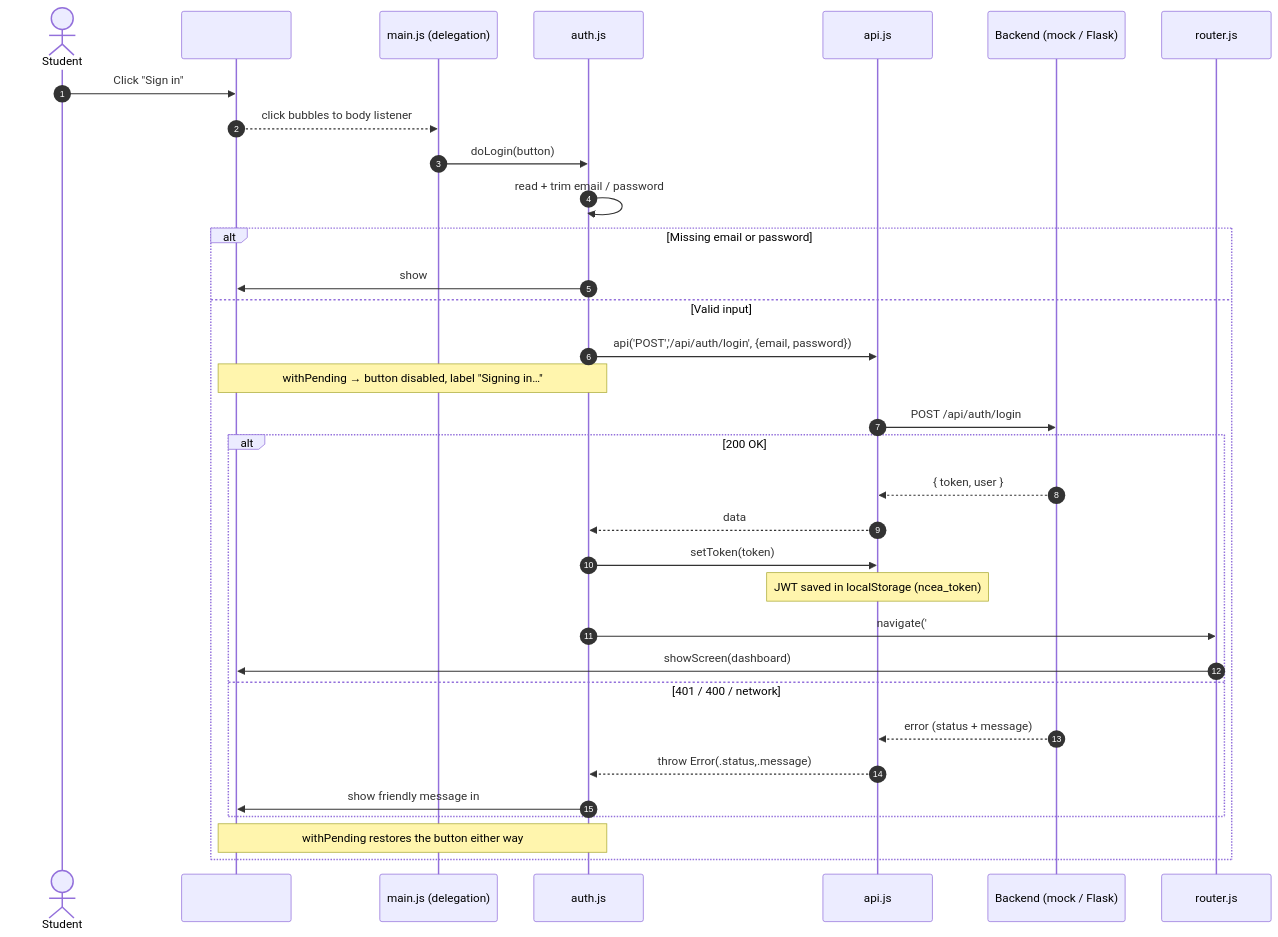
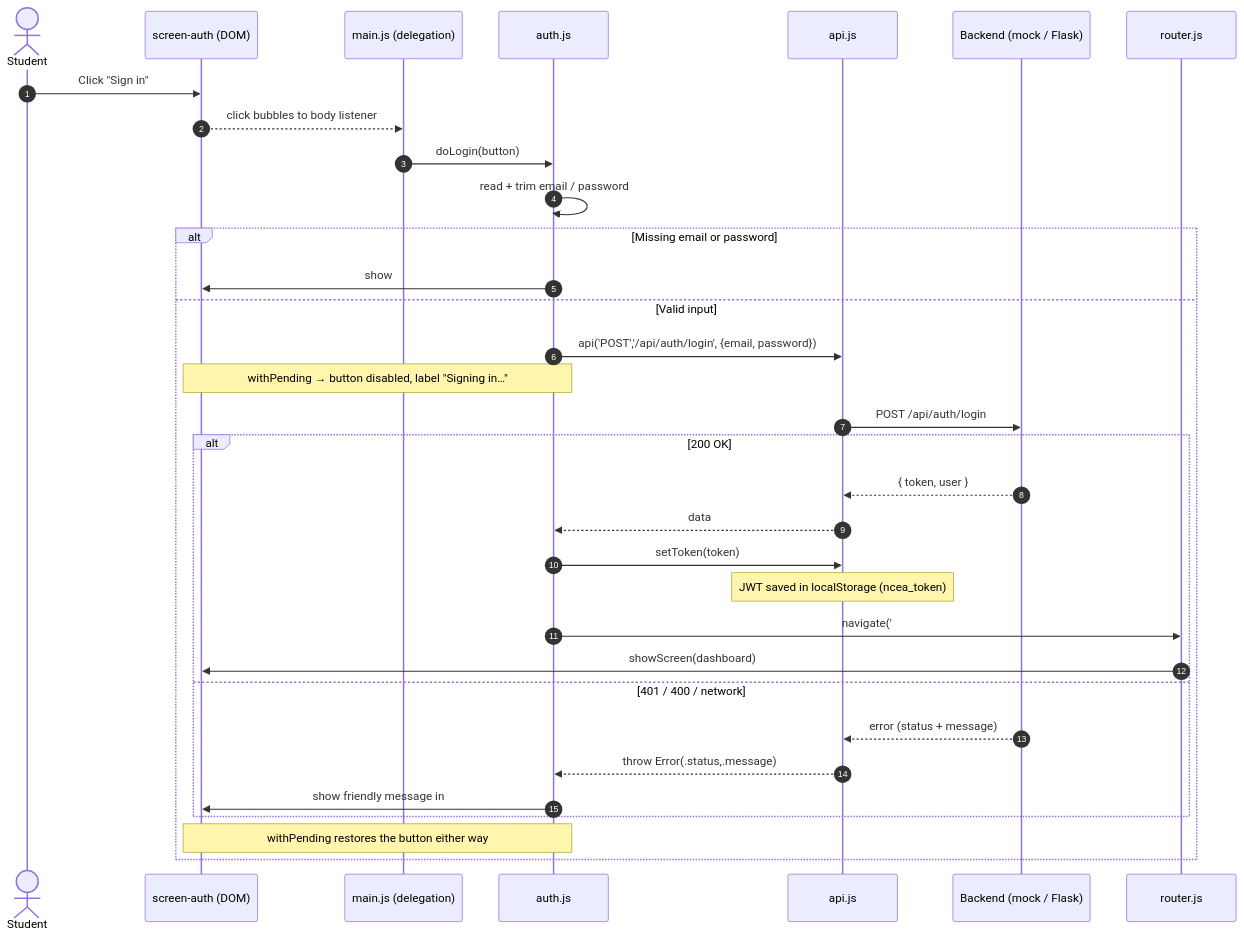
The second of 4 diagrams in docs/design/auth-screen.md (ngocnxx/digit-yr12-project), drawn with Mermaid before and after one commit. The commit also changed other lines of this file and 2 other files, not shown here.

Commit message:
feat: auth screen detail design

````diff
--- a/docs/design/auth-screen.md
+++ b/docs/design/auth-screen.md
@@ -88,36 +88,36 @@
 ```mermaid
 sequenceDiagram
     autonumber
     actor U as Student
-    participant H as #screen-auth (DOM)
+    participant H as screen-auth (DOM)
     participant M as main.js (delegation)
     participant A as auth.js
     participant API as api.js
     participant BE as Backend (mock / Flask)
     participant R as router.js
 
     U->>H: Click "Sign in"
     H-->>M: click bubbles to body listener
     M->>A: doLogin(button)
     A->>A: read + trim email / password
     alt Missing email or password
         A->>H: show #login-err — stop
     else Valid input
         A->>API: api('POST','/api/auth/login', {email, password})
         Note over A,H: withPending → button disabled, label "Signing in…"
         API->>BE: POST /api/auth/login
         alt 200 OK
             BE-->>API: { token, user }
             API-->>A: data
             A->>API: setToken(token)
             Note over API: JWT saved in localStorage (ncea_token)
             A->>R: navigate('#dashboard')
             R->>H: showScreen(dashboard)
         else 401 / 400 / network
             BE-->>API: error (status + message)
             API-->>A: throw Error(.status,.message)
             A->>H: show friendly message in #login-err
         end
         Note over A,H: withPending restores the button either way
     end
 ```
````
